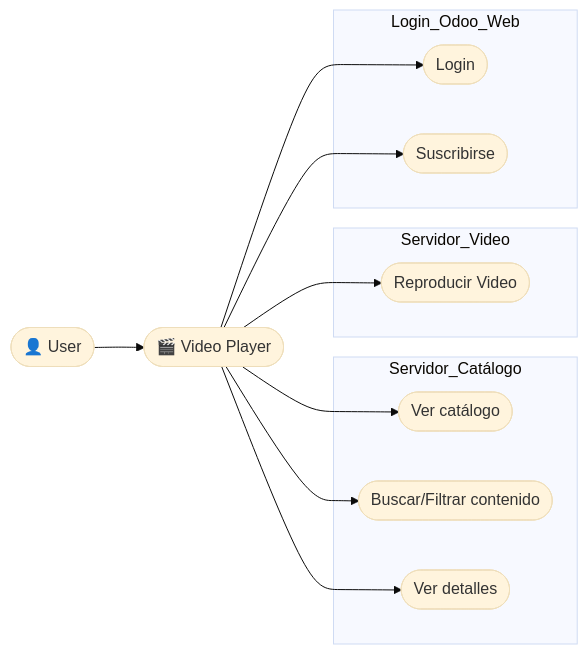
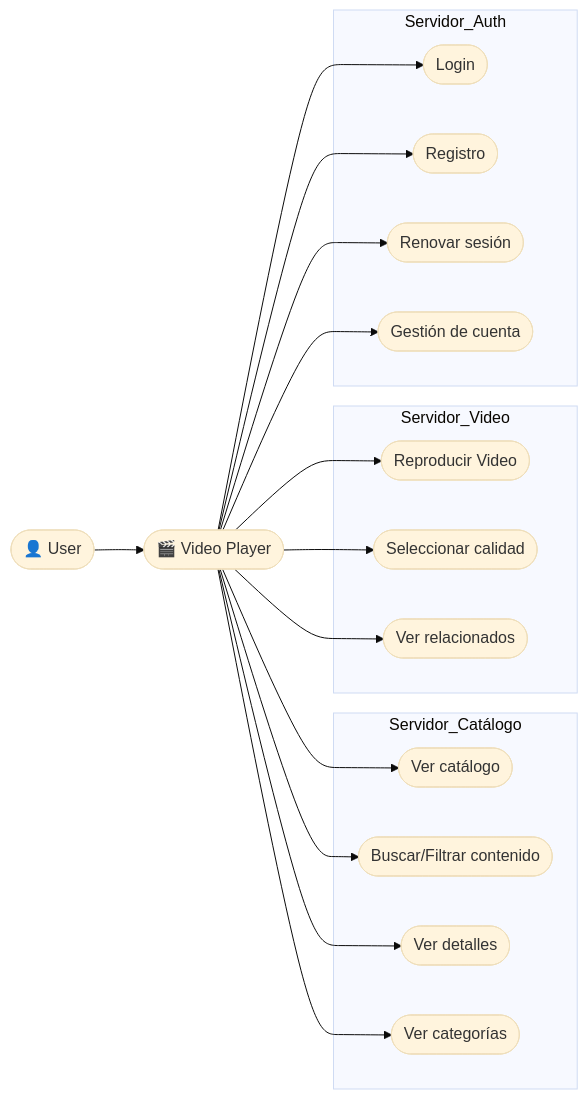
The first of 9 diagrams in docs/frontend/video_reproductor.md (ComfyPenguin/Bloste-Docs), drawn with Mermaid (base theme) before and after one commit. The commit also changed other lines of this file and 1 other file, not shown here.

First line of the commit message:
Update video_reproductor.md to reflect blosteflix2 Flutter architecture (#2)

````diff
--- a/docs/frontend/video_reproductor.md
+++ b/docs/frontend/video_reproductor.md
@@ -30,29 +62,39 @@
 ```mermaid
 flowchart LR
     User([👤 User])
     Player([🎬 Video Player])
 
     subgraph Servidor_Catálogo
        VerCatalogo([Ver catálogo])
        Filtrar([Buscar/Filtrar contenido])
-       Detalles([Ver detalles ])
+       Detalles([Ver detalles])
+       Categorias([Ver categorías])
     end
 
     subgraph Servidor_Video
         ReproducirVideo([Reproducir Video])
+        SeleccionarCalidad([Seleccionar calidad])
+        VideosRelacionados([Ver relacionados])
     end
 
-    subgraph Login_Odoo_Web
+    subgraph Servidor_Auth
         Login([Login])
-        Suscribirse([Suscribirse])
+        Registro([Registro])
+        RefreshToken([Renovar sesión])
+        GestionCuenta([Gestión de cuenta])
     end
 
     User --> Player
     Player --> VerCatalogo
     Player --> ReproducirVideo
     Player --> Login
-    Player --> Suscribirse
+    Player --> Registro
     Player --> Filtrar
     Player --> Detalles
+    Player --> Categorias
+    Player --> SeleccionarCalidad
+    Player --> VideosRelacionados
+    Player --> RefreshToken
+    Player --> GestionCuenta
 
 ```
````
